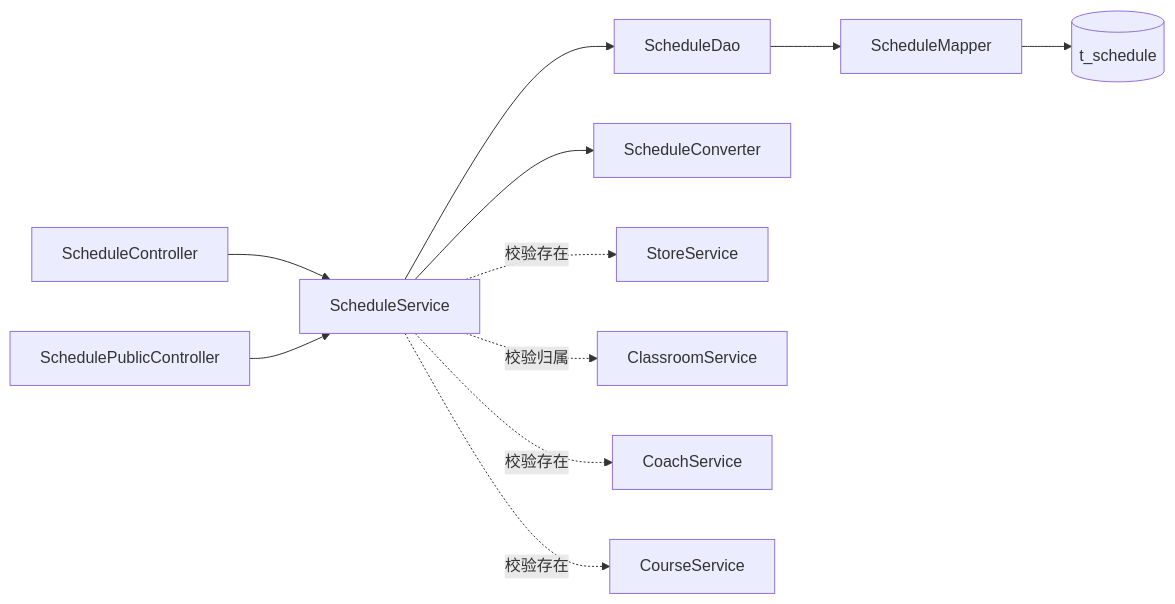
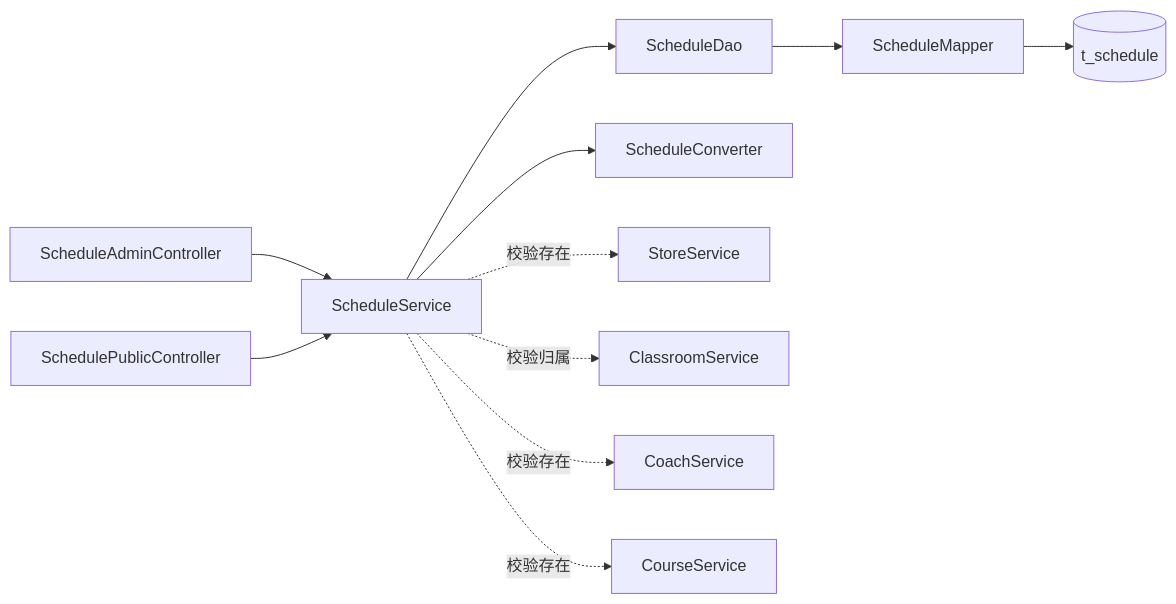
The diagram in docs/详细设计/排课管理详细设计.md (duo2530/techplant-yoga), drawn with Mermaid before and after one commit. The commit also changed other lines of this file and 4 other files, not shown here.

````diff
--- a/docs/详细设计/排课管理详细设计.md
+++ b/docs/详细设计/排课管理详细设计.md
@@ -465,13 +469,13 @@
 ```mermaid
 flowchart LR
-    C[ScheduleController] --> S[ScheduleService]
+    C[ScheduleAdminController] --> S[ScheduleService]
     PC[SchedulePublicController] --> S
     S --> D[ScheduleDao]
     D --> M[ScheduleMapper]
     M --> T[(t_schedule)]
     S --> CV[ScheduleConverter]
     S -.校验存在.-> ST[StoreService]
     S -.校验归属.-> CL[ClassroomService]
     S -.校验存在.-> CO[CoachService]
     S -.校验存在.-> CU[CourseService]
 ```
````
